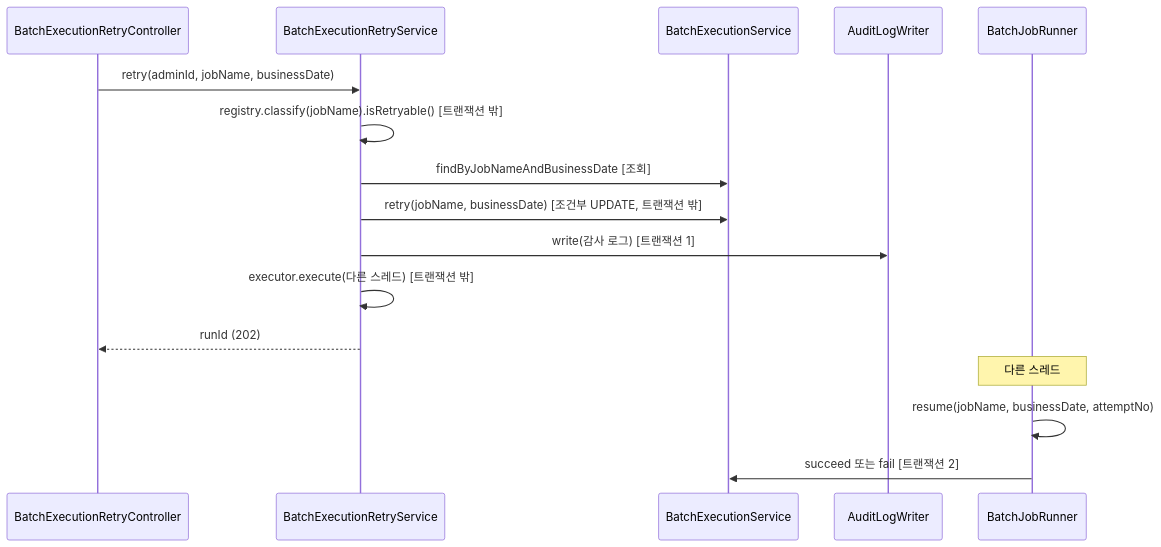
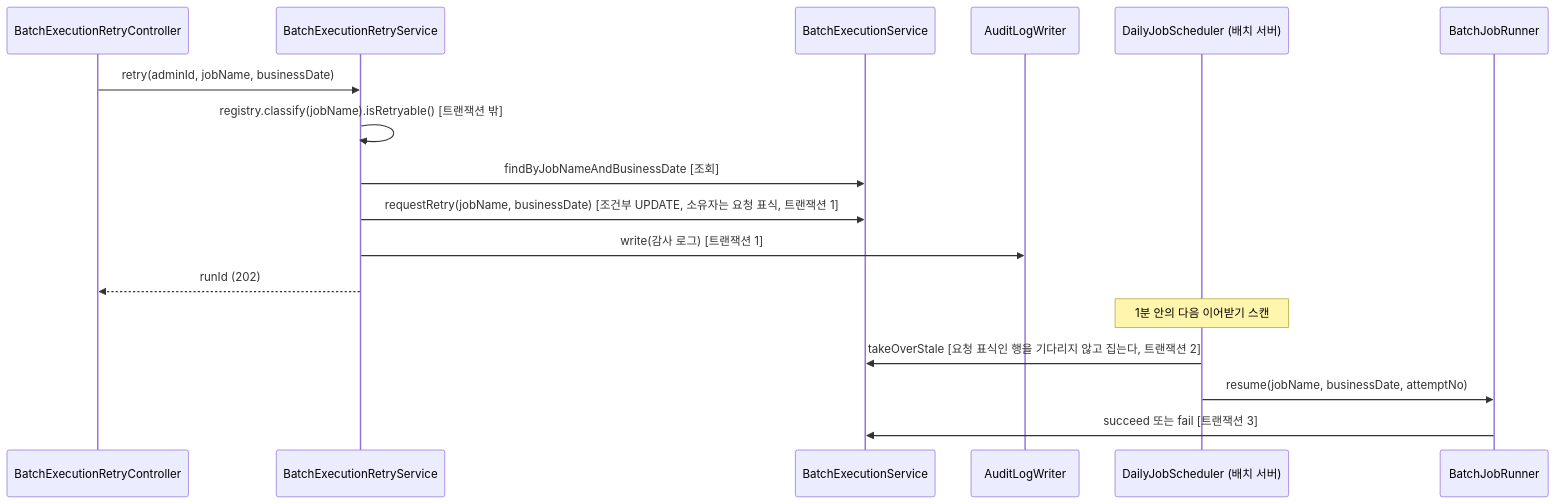
The third of 3 diagrams in docs/design/ops/ops_구조와_동작_설계.md (lunch-catch/lc-backend), drawn with Mermaid before and after one commit. The commit also changed other lines of this file and 4 other files, not shown here.

````diff
--- a/docs/design/ops/ops_구조와_동작_설계.md
+++ b/docs/design/ops/ops_구조와_동작_설계.md
@@ -135,19 +133,20 @@
 ```mermaid
 sequenceDiagram
     participant C as BatchExecutionRetryController
     participant S as BatchExecutionRetryService
     participant E as BatchExecutionService
     participant A as AuditLogWriter
+    participant D as DailyJobScheduler (배치 서버)
     participant R as BatchJobRunner
 
     C->>S: retry(adminId, jobName, businessDate)
     S->>S: registry.classify(jobName).isRetryable() [트랜잭션 밖]
     S->>E: findByJobNameAndBusinessDate [조회]
-    S->>E: retry(jobName, businessDate) [조건부 UPDATE, 트랜잭션 밖]
+    S->>E: requestRetry(jobName, businessDate) [조건부 UPDATE, 소유자는 요청 표식, 트랜잭션 1]
     S->>A: write(감사 로그) [트랜잭션 1]
-    S->>S: executor.execute(다른 스레드) [트랜잭션 밖]
     S-->>C: runId (202)
-    Note over R: 다른 스레드
-    R->>R: resume(jobName, businessDate, attemptNo)
-    R->>E: succeed 또는 fail [트랜잭션 2]
+    Note over D: 1분 안의 다음 이어받기 스캔
+    D->>E: takeOverStale [요청 표식인 행을 기다리지 않고 집는다, 트랜잭션 2]
+    D->>R: resume(jobName, businessDate, attemptNo)
+    R->>E: succeed 또는 fail [트랜잭션 3]
 ```
````
